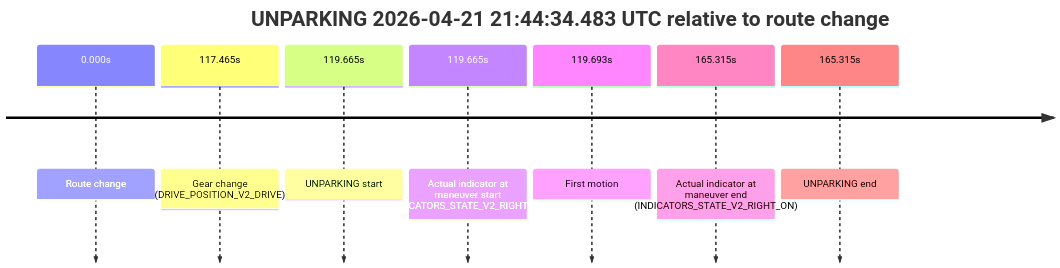
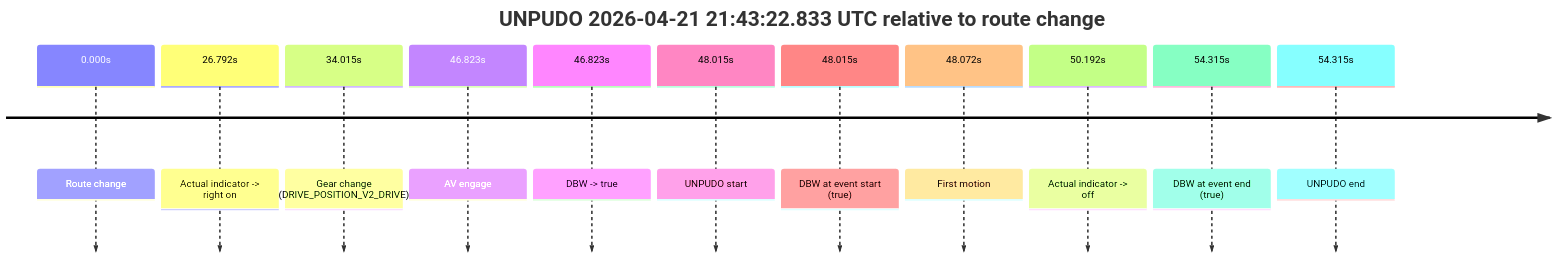
Before and after one commit to yoelshapiro/vault: the ninth of 9 diagrams in model_analysis/report_cards/2026/04/Week-4/fme20009--2026-04-21--20-53-31--gen2-av-c485ff0d-599e-495f-bee7-17c4a854ab52.md, drawn with Mermaid. The commit also changed other lines of this file and 5 other files, not shown here.

````diff
--- a/model_analysis/report_cards/2026/04/Week-4/fme20009--2026-04-21--20-53-31--gen2-av-c485ff0d-599e-495f-bee7-17c4a854ab52.md
+++ b/model_analysis/report_cards/2026/04/Week-4/fme20009--2026-04-21--20-53-31--gen2-av-c485ff0d-599e-495f-bee7-17c4a854ab52.md
@@ -556,11 +784,15 @@
 ```mermaid
 timeline
-    title UNPARKING 2026-04-21 21:44:34.483 UTC relative to route change
+    title UNPUDO 2026-04-21 21:43:22.833 UTC relative to route change
     0.000s : Route change
-    117.465s : Gear change (DRIVE_POSITION_V2_DRIVE)
-    119.665s : UNPARKING start
-    119.665s : Actual indicator at maneuver start (INDICATORS_STATE_V2_RIGHT_ON)
-    119.693s : First motion
-    165.315s : Actual indicator at maneuver end (INDICATORS_STATE_V2_RIGHT_ON)
-    165.315s : UNPARKING end
+    26.792s : Actual indicator -> right on
+    34.015s : Gear change (DRIVE_POSITION_V2_DRIVE)
+    46.823s : AV engage
+    46.823s : DBW -> true
+    48.015s : UNPUDO start
+    48.015s : DBW at event start (true)
+    48.072s : First motion
+    50.192s : Actual indicator -> off
+    54.315s : DBW at event end (true)
+    54.315s : UNPUDO end
 ```
````
